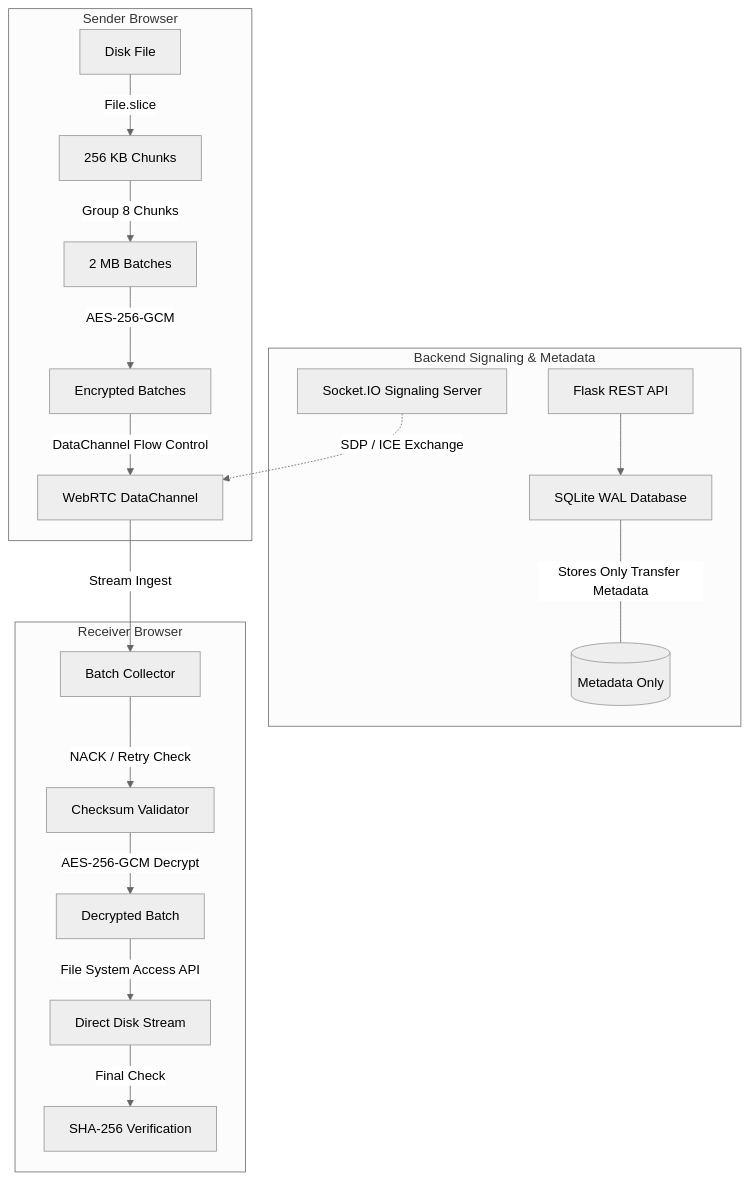
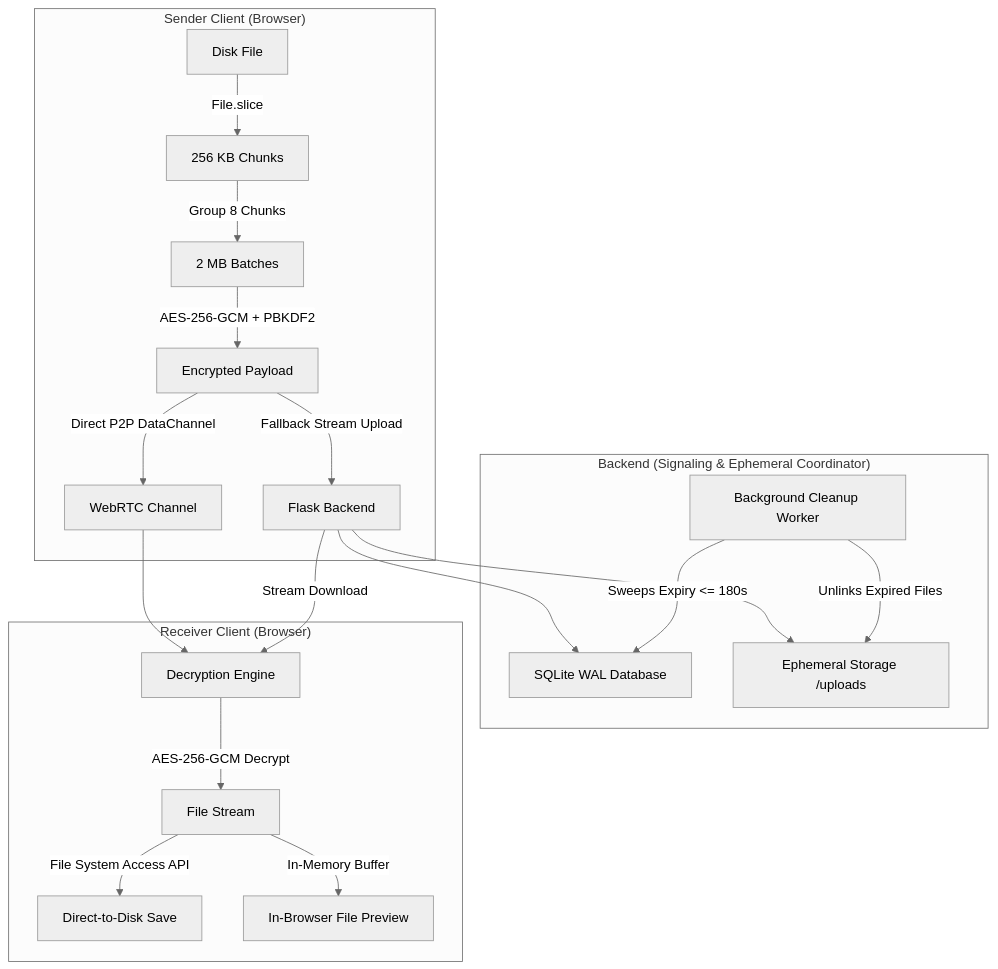
One commit to sujalkathait93-lab/filesender changed the first of 2 diagrams in README.md. Above: the diagram before and after it, drawn with Mermaid (neutral theme). The commit also changed other lines of this file and 2 other files, not shown here.

Commit message:
docs: update README.md with complete project architecture and expiry countdown up to 3 min

````diff
--- a/README.md
+++ b/README.md
@@ -58,23 +73,25 @@
 ```mermaid
 graph TD
-    subgraph SENDER ["Sender Browser"]
+    subgraph SENDER ["Sender Client (Browser)"]
         S1[Disk File] -->|File.slice| S2[256 KB Chunks]
         S2 -->|Group 8 Chunks| S3[2 MB Batches]
-        S3 -->|AES-256-GCM| S4[Encrypted Batches]
-        S4 -->|DataChannel Flow Control| S5[WebRTC DataChannel]
+        S3 -->|AES-256-GCM + PBKDF2| S4[Encrypted Payload]
+        S4 -->|Direct P2P DataChannel| W1[WebRTC Channel]
+        S4 -->|Fallback Stream Upload| B1[Flask Backend]
     end
 
-    subgraph BACKEND ["Backend Signaling & Metadata"]
-        B1[Flask REST API] --> B2[SQLite WAL Database]
-        B3[Socket.IO Signaling Server] -.->|SDP / ICE Exchange| S5
-        B2 ---|Stores Only Transfer Metadata| B4[(Metadata Only)]
+    subgraph BACKEND ["Backend (Signaling & Ephemeral Coordinator)"]
+        B1 --> B2[SQLite WAL Database]
+        B1 --> B3[Ephemeral Storage /uploads]
+        B4[Background Cleanup Worker] -->|Sweeps Expiry <= 180s| B2
+        B4 -->|Unlinks Expired Files| B3
     end
 
-    subgraph RECEIVER ["Receiver Browser"]
-        S5 -->|Stream Ingest| R1[Batch Collector]
-        R1 -->|NACK / Retry Check| R2[Checksum Validator]
-        R2 -->|AES-256-GCM Decrypt| R3[Decrypted Batch]
-        R3 -->|File System Access API| R4[Direct Disk Stream]
-        R4 -->|Final Check| R5[SHA-256 Verification]
+    subgraph RECEIVER ["Receiver Client (Browser)"]
+        W1 --> R1[Decryption Engine]
+        B1 -->|Stream Download| R1
+        R1 -->|AES-256-GCM Decrypt| R2[File Stream]
+        R2 -->|File System Access API| R3[Direct-to-Disk Save]
+        R2 -->|In-Memory Buffer| R4[In-Browser File Preview]
     end
 ```
````
